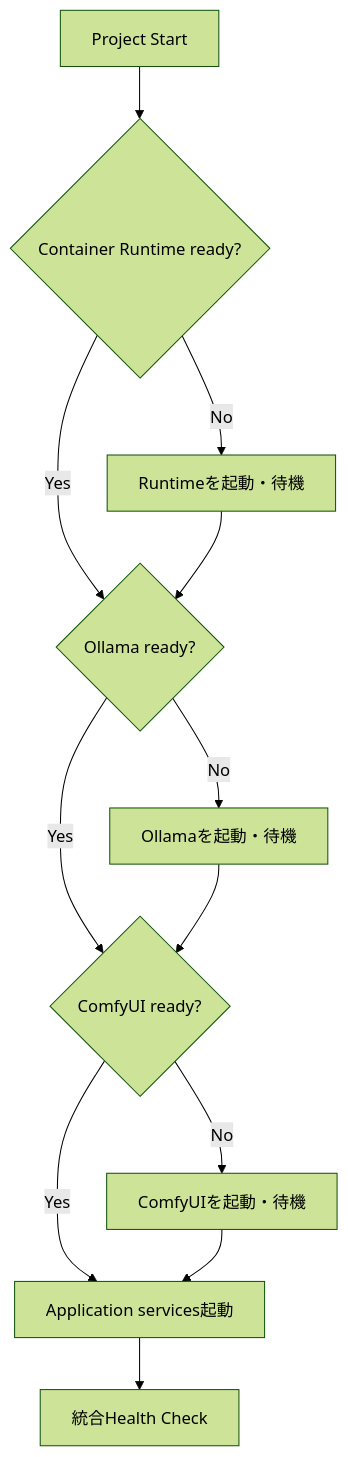
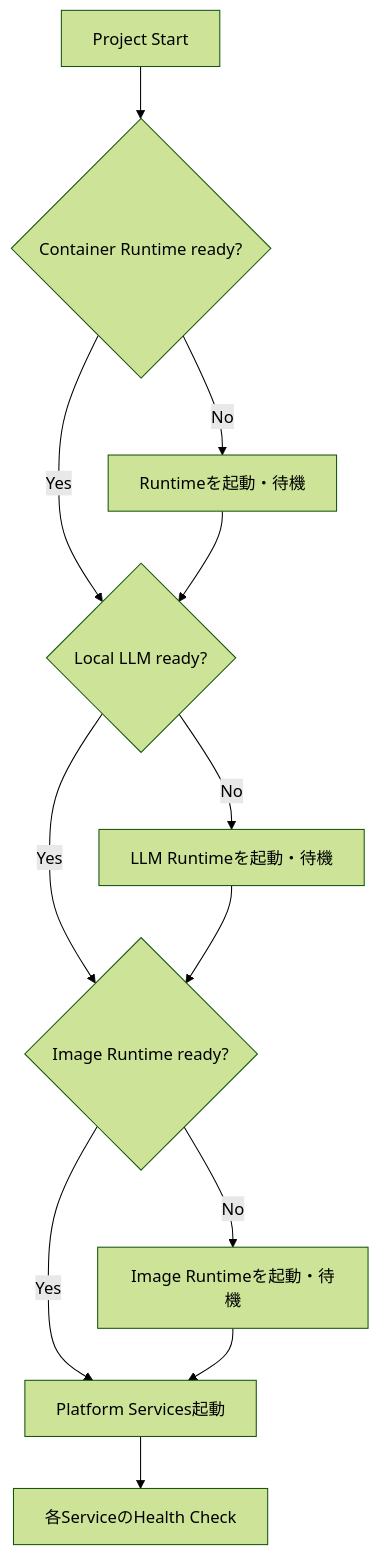
The eighth of 11 diagrams in docs/public/architecture-public.md (fctaityo/fctaityo.github.io), drawn with Mermaid (forest theme) before and after one commit. The commit also changed other lines of this file, not shown here.

````diff
--- a/docs/public/architecture-public.md
+++ b/docs/public/architecture-public.md
@@ -189,13 +214,13 @@
 ```mermaid
 flowchart TD
   S["Project Start"] --> D{"Container Runtime ready?"}
   D -->|No| DD["Runtimeを起動・待機"]
-  D -->|Yes| O{"Ollama ready?"}
+  D -->|Yes| O{"Local LLM ready?"}
   DD --> O
-  O -->|No| OS["Ollamaを起動・待機"]
-  O -->|Yes| C{"ComfyUI ready?"}
+  O -->|No| OS["LLM Runtimeを起動・待機"]
+  O -->|Yes| C{"Image Runtime ready?"}
   OS --> C
-  C -->|No| CS["ComfyUIを起動・待機"]
-  C -->|Yes| DC["Application services起動"]
-  CS --> DC --> H["統合Health Check"]
+  C -->|No| CS["Image Runtimeを起動・待機"]
+  C -->|Yes| DC["Platform Services起動"]
+  CS --> DC --> H["各ServiceのHealth Check"]
 ```
````
